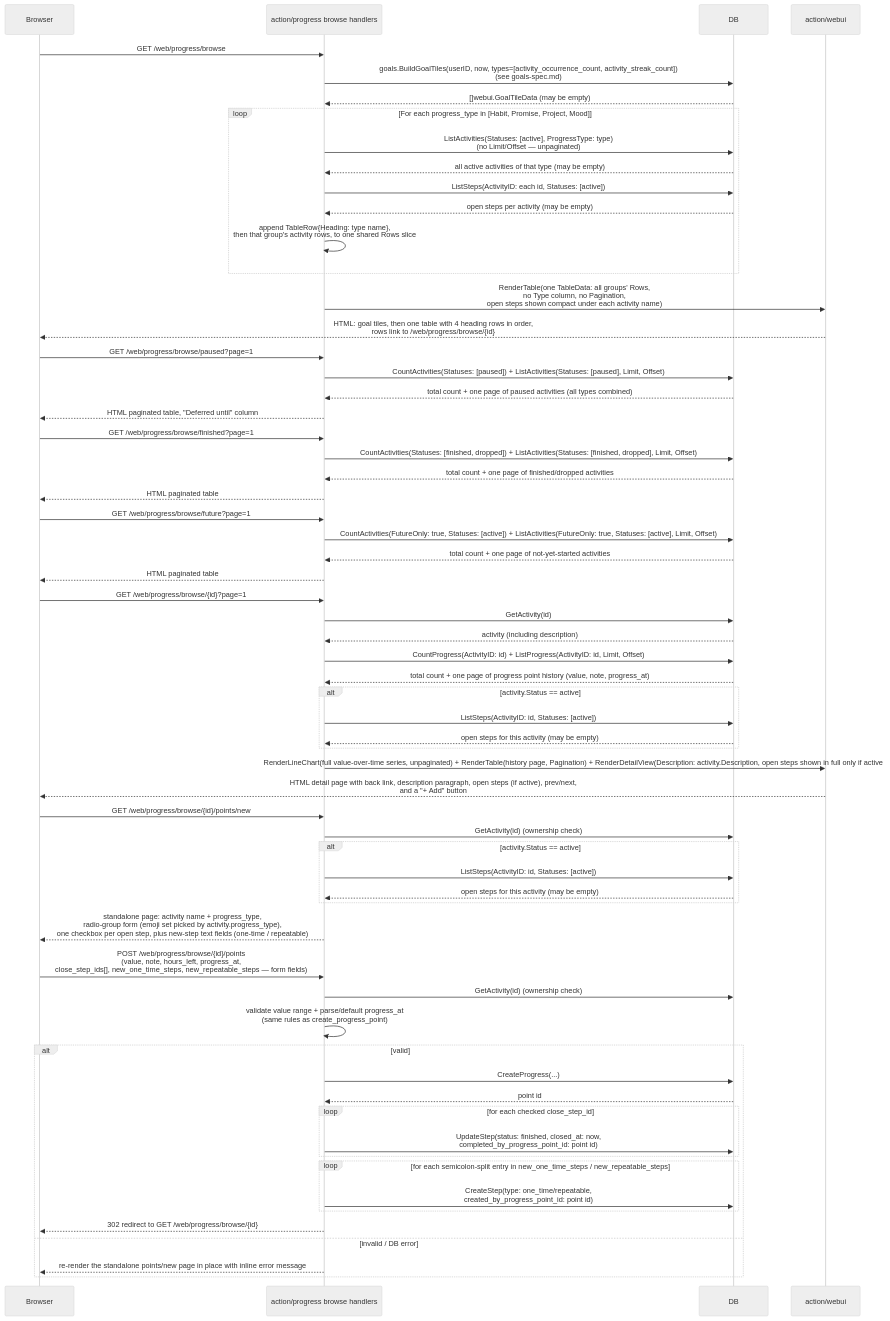
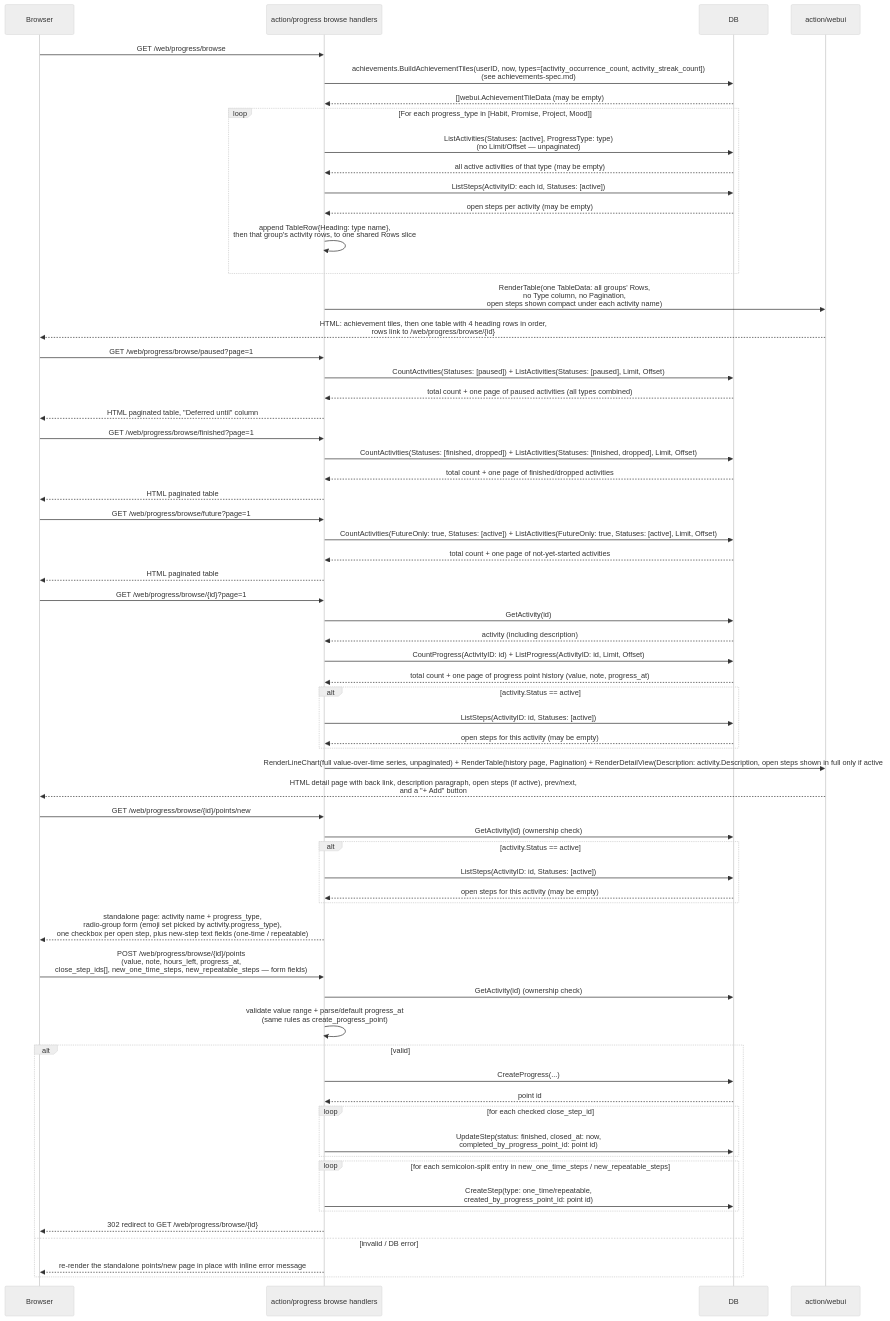
The fourth of 4 diagrams in docs/functions/progress-spec.md (rusinikita/personal), drawn with Mermaid (neutral theme) before and after one commit. The commit also changed other lines of this file and 56 other files, not shown here.

First line of the commit message:
refactor(achievements)!: rename goals to achievements

````diff
--- a/docs/functions/progress-spec.md
+++ b/docs/functions/progress-spec.md
@@ -178,72 +178,72 @@
 ```mermaid
 sequenceDiagram
     participant Browser
     participant Handler as action/progress browse handlers
     participant DB
     participant Webui as action/webui
 
     Browser->>Handler: GET /web/progress/browse
-    Handler->>DB: goals.BuildGoalTiles(userID, now, types=[activity_occurrence_count, activity_streak_count])<br/>(see goals-spec.md)
-    DB-->>Handler: []webui.GoalTileData (may be empty)
+    Handler->>DB: achievements.BuildAchievementTiles(userID, now, types=[activity_occurrence_count, activity_streak_count])<br/>(see achievements-spec.md)
+    DB-->>Handler: []webui.AchievementTileData (may be empty)
     loop For each progress_type in [Habit, Promise, Project, Mood]
         Handler->>DB: ListActivities(Statuses: [active], ProgressType: type)<br/>(no Limit/Offset — unpaginated)
         DB-->>Handler: all active activities of that type (may be empty)
         Handler->>DB: ListSteps(ActivityID: each id, Statuses: [active])
         DB-->>Handler: open steps per activity (may be empty)
         Handler->>Handler: append TableRow{Heading: type name},<br/>then that group's activity rows, to one shared Rows slice
     end
     Handler->>Webui: RenderTable(one TableData: all groups' Rows,<br/>no Type column, no Pagination,<br/>open steps shown compact under each activity name)
-    Webui-->>Browser: HTML: goal tiles, then one table with 4 heading rows in order,<br/>rows link to /web/progress/browse/{id}
+    Webui-->>Browser: HTML: achievement tiles, then one table with 4 heading rows in order,<br/>rows link to /web/progress/browse/{id}
 
     Browser->>Handler: GET /web/progress/browse/paused?page=1
     Handler->>DB: CountActivities(Statuses: [paused]) + ListActivities(Statuses: [paused], Limit, Offset)
     DB-->>Handler: total count + one page of paused activities (all types combined)
     Handler-->>Browser: HTML paginated table, "Deferred until" column
 
     Browser->>Handler: GET /web/progress/browse/finished?page=1
     Handler->>DB: CountActivities(Statuses: [finished, dropped]) + ListActivities(Statuses: [finished, dropped], Limit, Offset)
     DB-->>Handler: total count + one page of finished/dropped activities
     Handler-->>Browser: HTML paginated table
 
     Browser->>Handler: GET /web/progress/browse/future?page=1
     Handler->>DB: CountActivities(FutureOnly: true, Statuses: [active]) + ListActivities(FutureOnly: true, Statuses: [active], Limit, Offset)
     DB-->>Handler: total count + one page of not-yet-started activities
     Handler-->>Browser: HTML paginated table
 
     Browser->>Handler: GET /web/progress/browse/{id}?page=1
     Handler->>DB: GetActivity(id)
     DB-->>Handler: activity (including description)
     Handler->>DB: CountProgress(ActivityID: id) + ListProgress(ActivityID: id, Limit, Offset)
     DB-->>Handler: total count + one page of progress point history (value, note, progress_at)
     alt activity.Status == active
         Handler->>DB: ListSteps(ActivityID: id, Statuses: [active])
         DB-->>Handler: open steps for this activity (may be empty)
     end
     Handler->>Webui: RenderLineChart(full value-over-time series, unpaginated) + RenderTable(history page, Pagination) + RenderDetailView(Description: activity.Description, open steps shown in full only if active)
     Webui-->>Browser: HTML detail page with back link, description paragraph, open steps (if active), prev/next,<br/>and a "+ Add" button
 
     Browser->>Handler: GET /web/progress/browse/{id}/points/new
     Handler->>DB: GetActivity(id) (ownership check)
     alt activity.Status == active
         Handler->>DB: ListSteps(ActivityID: id, Statuses: [active])
         DB-->>Handler: open steps for this activity (may be empty)
     end
     Handler-->>Browser: standalone page: activity name + progress_type,<br/>radio-group form (emoji set picked by activity.progress_type),<br/>one checkbox per open step, plus new-step text fields (one-time / repeatable)
 
     Browser->>Handler: POST /web/progress/browse/{id}/points<br/>(value, note, hours_left, progress_at,<br/>close_step_ids[], new_one_time_steps, new_repeatable_steps — form fields)
     Handler->>DB: GetActivity(id) (ownership check)
     Handler->>Handler: validate value range + parse/default progress_at<br/>(same rules as create_progress_point)
     alt valid
         Handler->>DB: CreateProgress(...)
         DB-->>Handler: point id
         loop for each checked close_step_id
             Handler->>DB: UpdateStep(status: finished, closed_at: now,<br/>completed_by_progress_point_id: point id)
         end
         loop for each semicolon-split entry in new_one_time_steps / new_repeatable_steps
             Handler->>DB: CreateStep(type: one_time/repeatable,<br/>created_by_progress_point_id: point id)
         end
         Handler-->>Browser: 302 redirect to GET /web/progress/browse/{id}
     else invalid / DB error
         Handler-->>Browser: re-render the standalone points/new page in place with inline error message
     end
 ```
````
